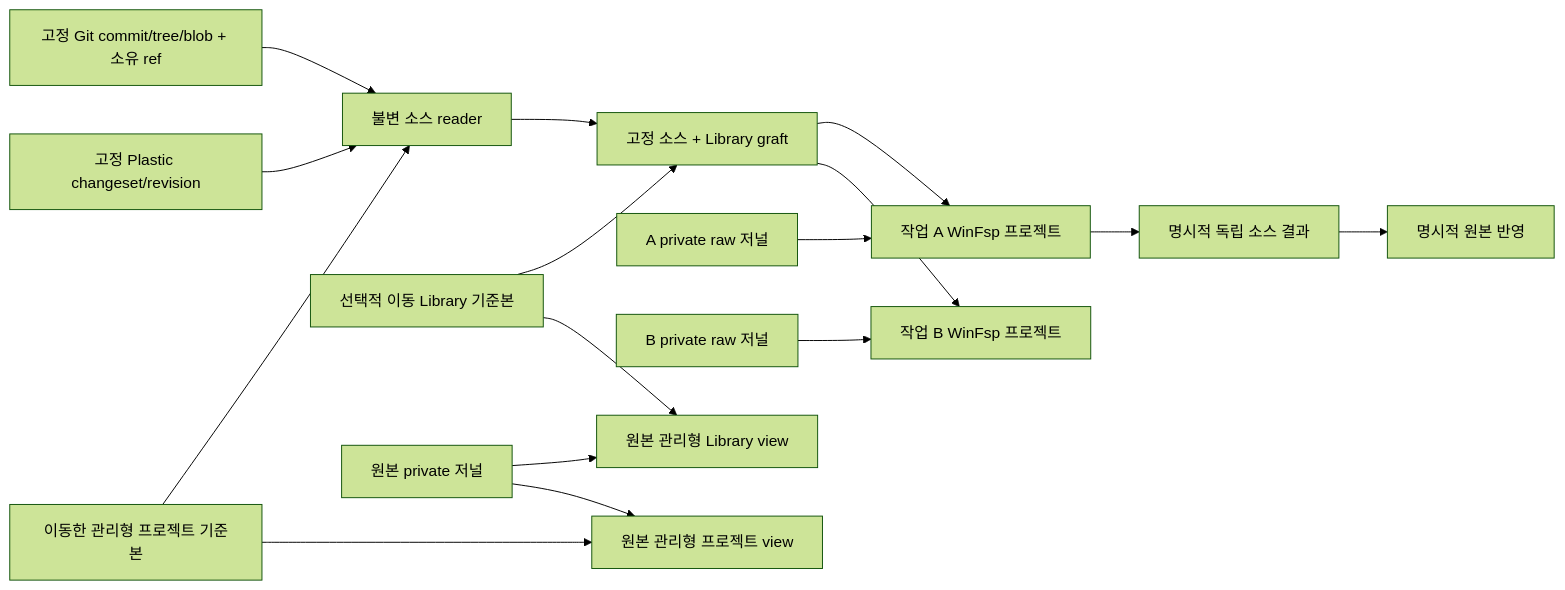
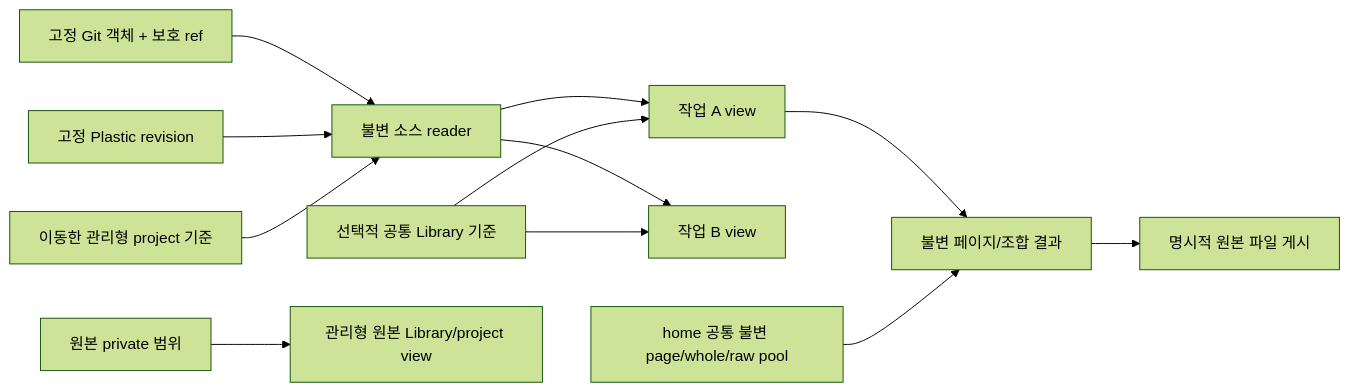
One commit to olivecrow/splinter changed the second of 6 diagrams in docs/ko/lifecycle-optimization-map.md. Above: the diagram before and after it, drawn with Mermaid (forest theme). The commit also changed other lines of this file and 391 other files, not shown here.

````diff
--- a/docs/ko/lifecycle-optimization-map.md
+++ b/docs/ko/lifecycle-optimization-map.md
@@ -55,18 +44,14 @@
 ```mermaid
 flowchart LR
-  Git["고정 Git commit/tree/blob + 소유 ref"] --> Basis["불변 소스 reader"]
-  Plastic["고정 Plastic changeset/revision"] --> Basis
-  Project["이동한 관리형 프로젝트 기준본"] --> Basis
-  Library["선택적 이동 Library 기준본"] --> Graft["고정 소스 + Library graft"]
-  Basis --> Graft
-  Graft --> VA["작업 A WinFsp 프로젝트"]
-  DA["A private raw 저널"] --> VA
-  Graft --> VB["작업 B WinFsp 프로젝트"]
-  DB["B private raw 저널"] --> VB
-  Library --> Original["원본 관리형 Library view"]
-  Project --> OriginalProject["원본 관리형 프로젝트 view"]
-  DO["원본 private 저널"] --> Original
-  DO --> OriginalProject
-  VA --> Result["명시적 독립 소스 결과"]
-  Result --> Apply["명시적 원본 반영"]
+  Git["고정 Git 객체 + 보호 ref"] --> Basis["불변 소스 reader"]
+  Plastic["고정 Plastic revision"] --> Basis
+  Project["이동한 관리형 project 기준"] --> Basis
+  Basis --> A["작업 A view"]
+  Basis --> B["작업 B view"]
+  Library["선택적 공통 Library 기준"] --> A
+  Library --> B
+  Original["원본 private 범위"] --> OriginalView["관리형 원본 Library/project view"]
+  A --> Results["불변 페이지/조합 결과"]
+  Pool["home 공통 불변 page/whole/raw pool"] --> Results
+  Results --> Publish["명시적 원본 파일 게시"]
 ```
````
